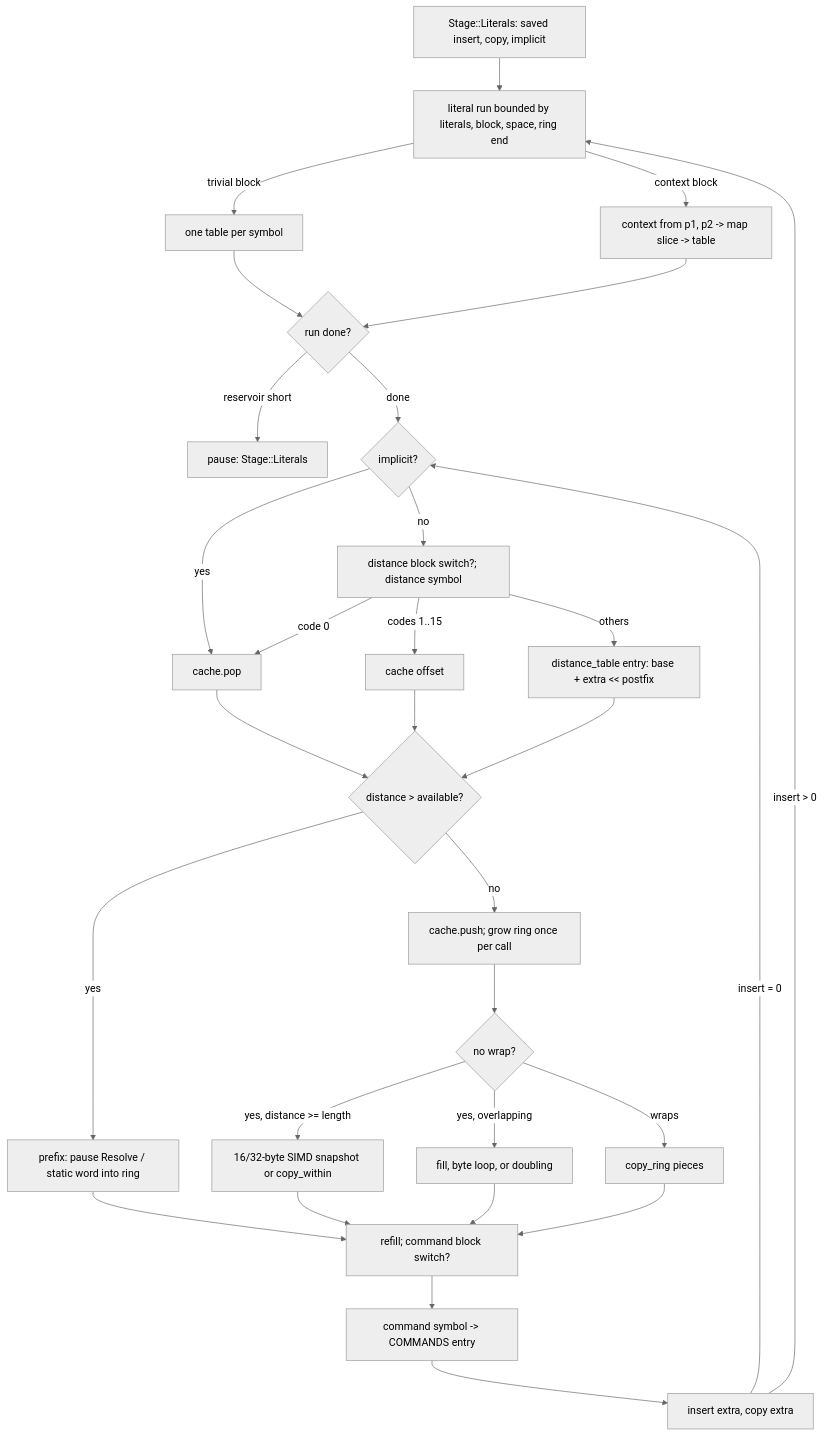
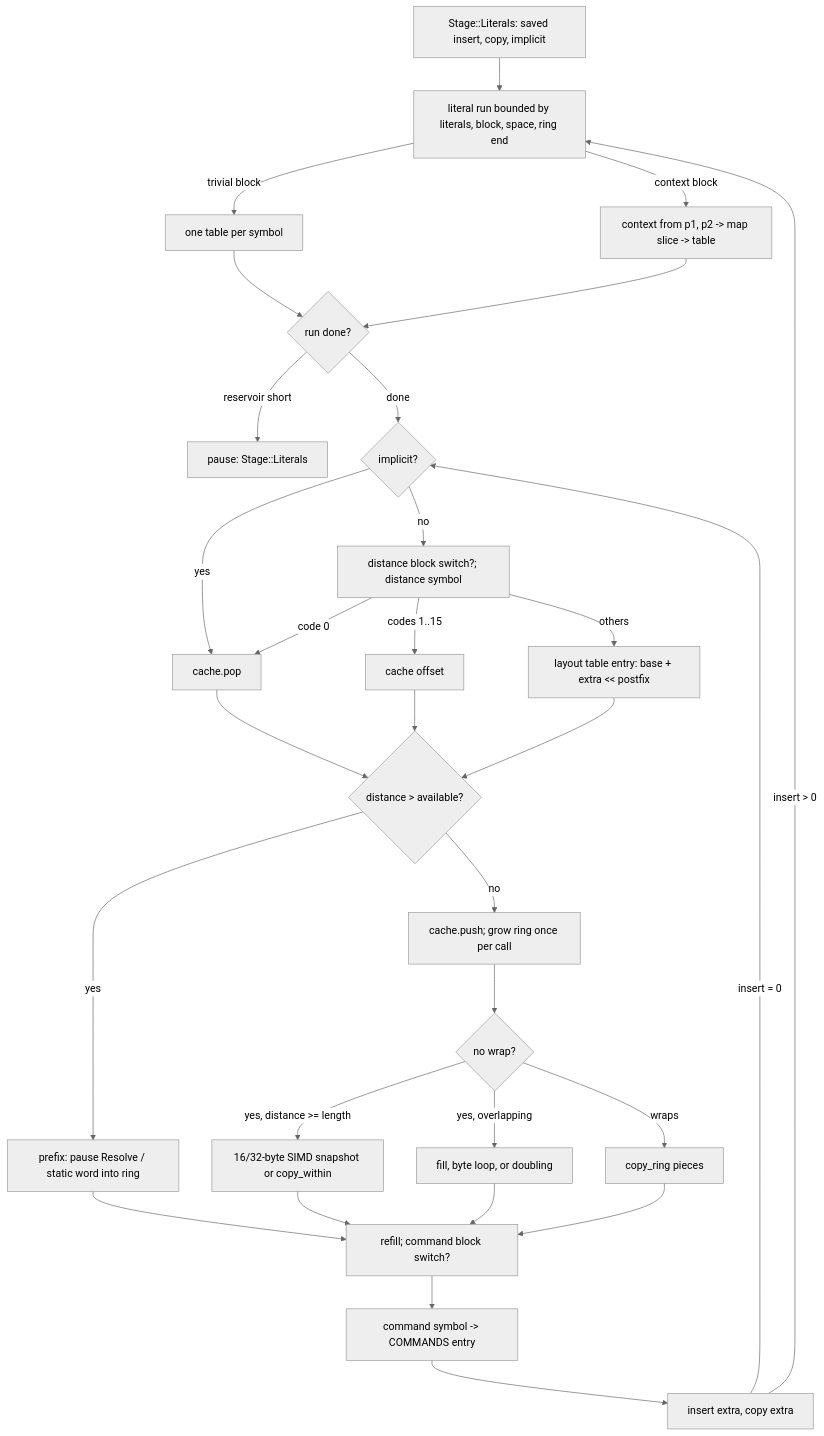
One commit to Mnwa/mbrotli changed the fifth of 9 diagrams in architecture/decompressor.md. Above: the diagram before and after it, drawn with Mermaid (neutral theme). The commit also changed other lines of this file and 9 other files, not shown here.

````diff
--- a/architecture/decompressor.md
+++ b/architecture/decompressor.md
@@ -251,32 +261,32 @@
 ```mermaid
 flowchart TD
     Resume[Stage::Literals: saved insert, copy, implicit] --> Lit
     Start[refill; command block switch?] --> Cmd[command symbol -> COMMANDS entry]
     Cmd --> Extra[insert extra, copy extra]
     Extra -->|insert > 0| Lit[literal run bounded by literals, block, space, ring end]
     Lit -->|trivial block| One[one table per symbol]
     Lit -->|context block| Ctx[context from p1, p2 -> map slice -> table]
     One --> More{run done?}
     Ctx --> More
     More -->|reservoir short| PauseL[pause: Stage::Literals]
     More -->|done| Dist
     Extra -->|insert = 0| Dist{implicit?}
     Dist -->|yes| Pop[cache.pop]
     Dist -->|no| Sym[distance block switch?; distance symbol]
     Sym -->|code 0| Pop
     Sym -->|codes 1..15| Short[cache offset]
-    Sym -->|others| Tab[distance_table entry: base + extra << postfix]
+    Sym -->|others| Tab[layout table entry: base + extra << postfix]
     Pop --> Ref
     Short --> Ref
     Tab --> Ref{distance > available?}
     Ref -->|yes| Dict[prefix: pause Resolve / static word into ring]
     Ref -->|no| Push[cache.push; grow ring once per call]
     Push --> Copy{no wrap?}
     Copy -->|yes, distance >= length| Word[16/32-byte SIMD snapshot or copy_within]
     Copy -->|yes, overlapping| Overlap[fill, byte loop, or doubling]
     Copy -->|wraps| Ring[copy_ring pieces]
     Word --> Start
     Overlap --> Start
     Ring --> Start
     Dict --> Start
 ```
````
